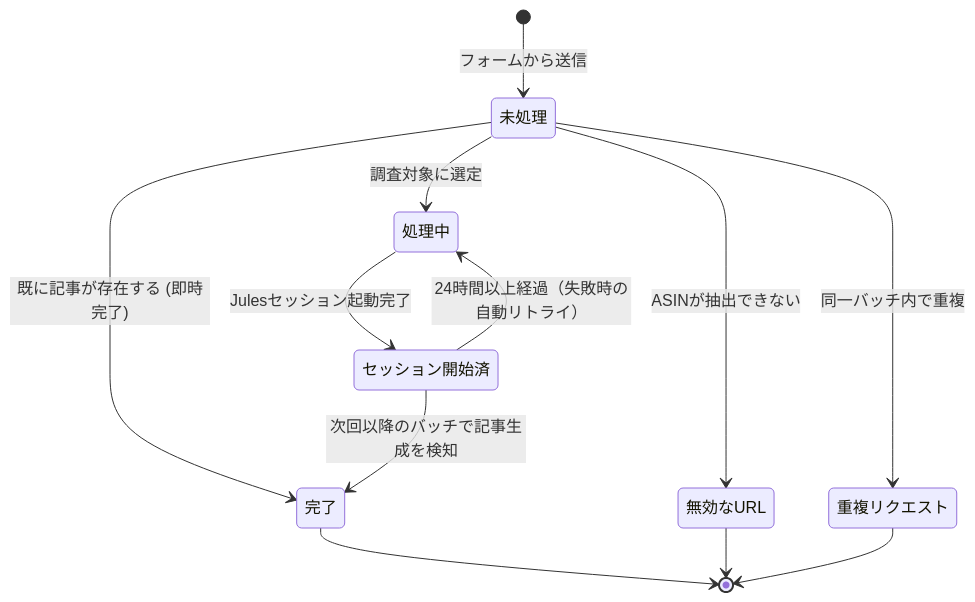
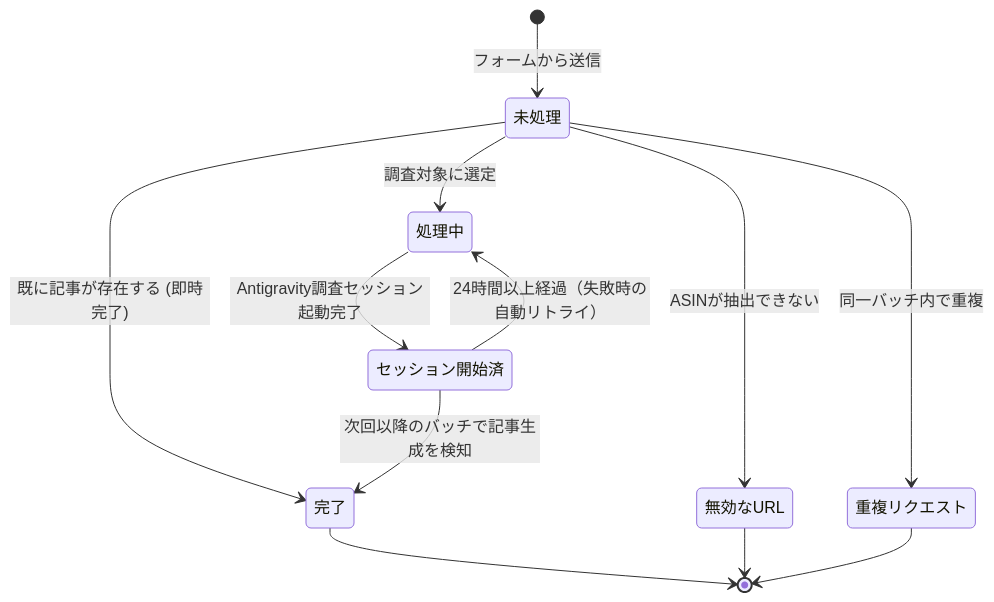
Before and after one commit to aegisfleet/amazon-product-article: the second of 2 diagrams in docs/user-requests-system.md, drawn with Mermaid. The commit also changed other lines of this file and 9 other files, not shown here.

````diff
--- a/docs/user-requests-system.md
+++ b/docs/user-requests-system.md
@@ -109,14 +109,14 @@
 ```mermaid
 stateDiagram-v2
     [*] --> 未処理: フォームから送信
     未処理 --> 無効なURL: ASINが抽出できない
     未処理 --> 重複リクエスト: 同一バッチ内で重複
     未処理 --> 完了: 既に記事が存在する (即時完了)
     未処理 --> 処理中: 調査対象に選定
-    処理中 --> セッション開始済: Julesセッション起動完了
+    処理中 --> セッション開始済: Antigravity調査セッション起動完了
     セッション開始済 --> 完了: 次回以降のバッチで記事生成を検知
     セッション開始済 --> 処理中: 24時間以上経過（失敗時の自動リトライ）
     完了 --> [*]
     無効なURL --> [*]
     重複リクエスト --> [*]
 ```
````
